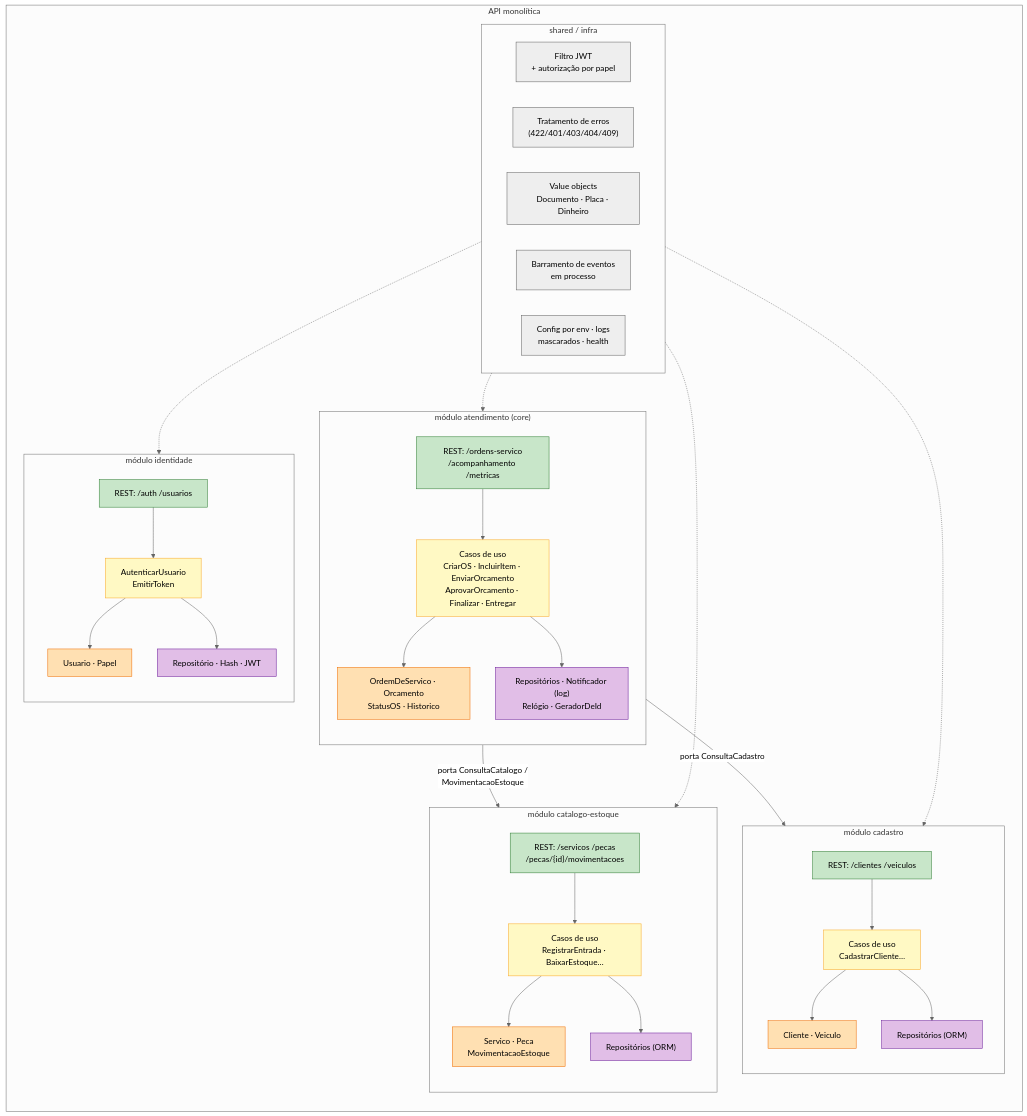
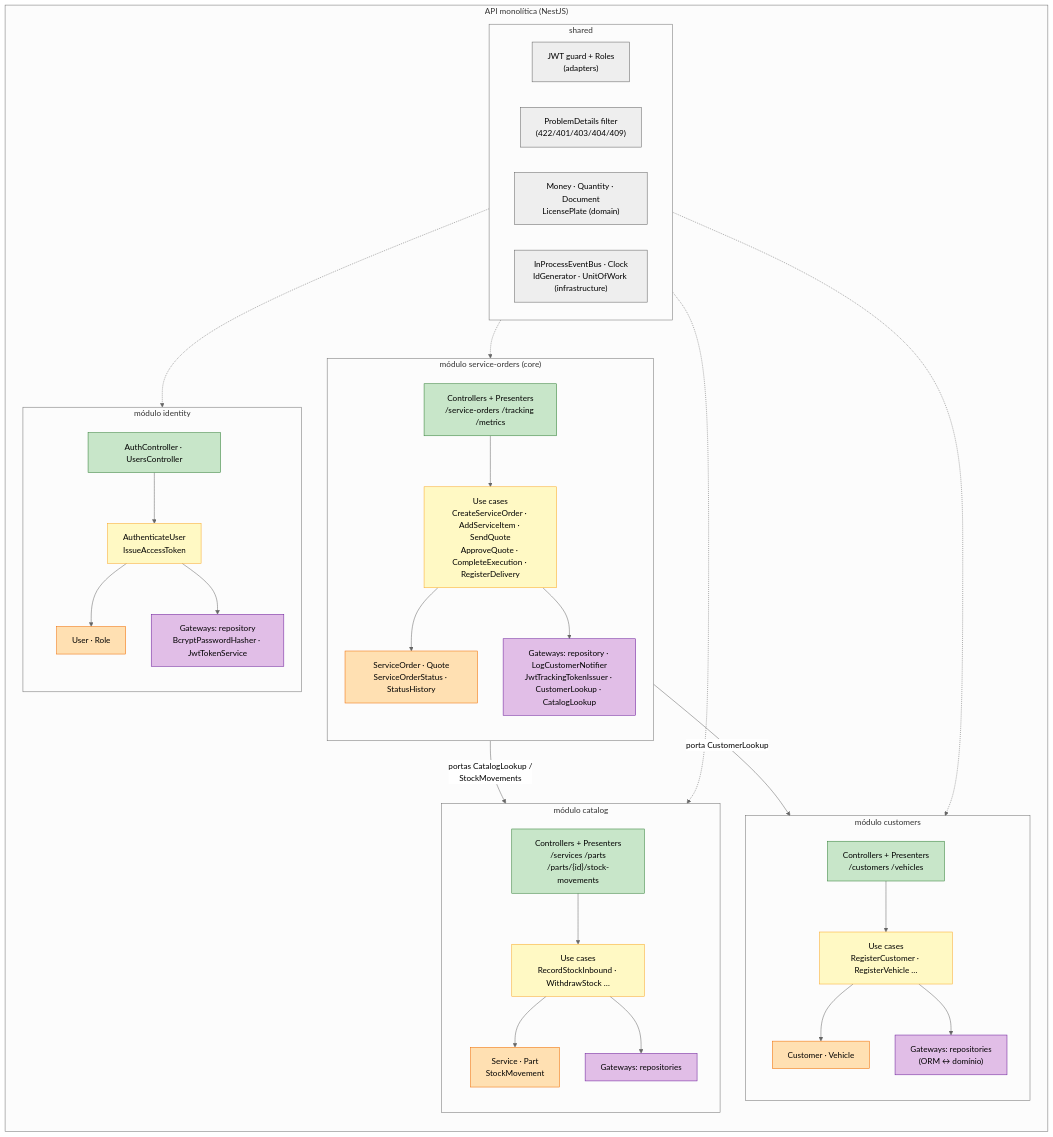
One commit to HermandoThiago/FIAP-SOAT changed the third of 4 diagrams in docs/04-arquitetura/visao-geral.md. Above: the diagram before and after it, drawn with Mermaid (neutral theme). The commit also changed other lines of this file and 42 other files, not shown here.

````diff
--- a/docs/04-arquitetura/visao-geral.md
+++ b/docs/04-arquitetura/visao-geral.md
@@ -52,43 +52,42 @@
 ```mermaid
 flowchart TB
-    classDef in fill:#c8e6c9,stroke:#2e7d32,color:#000
+    classDef ad fill:#c8e6c9,stroke:#2e7d32,color:#000
     classDef app fill:#fff9c4,stroke:#f9a825,color:#000
     classDef dom fill:#ffe0b2,stroke:#ef6c00,color:#000
-    classDef out fill:#e1bee7,stroke:#6a1b9a,color:#000
+    classDef inf fill:#e1bee7,stroke:#6a1b9a,color:#000
     classDef shared fill:#eeeeee,stroke:#616161,color:#000
 
-    subgraph API["API monolítica"]
+    subgraph API["API monolítica (NestJS)"]
         direction TB
-        subgraph SH["shared / infra"]
+        subgraph SH["shared"]
             direction LR
-            AUTH["Filtro JWT<br/>+ autorização por papel"]:::shared
-            ERR["Tratamento de erros<br/>(422/401/403/404/409)"]:::shared
-            VO["Value objects<br/>Documento · Placa · Dinheiro"]:::shared
-            BUS["Barramento de eventos<br/>em processo"]:::shared
-            CFG["Config por env · logs<br/>mascarados · health"]:::shared
+            AUTH["JWT guard + Roles<br/>(adapters)"]:::shared
+            ERR["ProblemDetails filter<br/>(422/401/403/404/409)"]:::shared
+            VO["Money · Quantity · Document<br/>LicensePlate (domain)"]:::shared
+            BUS["InProcessEventBus · Clock<br/>IdGenerator · UnitOfWork (infrastructure)"]:::shared
         end
-        subgraph M1["módulo cadastro"]
+        subgraph M1["módulo customers"]
             direction TB
-            I1["REST: /clientes /veiculos"]:::in --> A1["Casos de uso<br/>CadastrarCliente…"]:::app --> D1["Cliente · Veiculo"]:::dom
-            A1 --> O1["Repositórios (ORM)"]:::out
+            A1["Controllers + Presenters<br/>/customers /vehicles"]:::ad --> U1["Use cases<br/>RegisterCustomer · RegisterVehicle …"]:::app --> D1["Customer · Vehicle"]:::dom
+            U1 --> G1["Gateways: repositories<br/>(ORM ↔ domínio)"]:::inf
         end
-        subgraph M2["módulo catalogo-estoque"]
+        subgraph M2["módulo catalog"]
             direction TB
-            I2["REST: /servicos /pecas<br/>/pecas/{id}/movimentacoes"]:::in --> A2["Casos de uso<br/>RegistrarEntrada · BaixarEstoque…"]:::app --> D2["Servico · Peca<br/>MovimentacaoEstoque"]:::dom
-            A2 --> O2["Repositórios (ORM)"]:::out
+            A2["Controllers + Presenters<br/>/services /parts<br/>/parts/{id}/stock-movements"]:::ad --> U2["Use cases<br/>RecordStockInbound · WithdrawStock …"]:::app --> D2["Service · Part<br/>StockMovement"]:::dom
+            U2 --> G2["Gateways: repositories"]:::inf
         end
-        subgraph M3["módulo atendimento (core)"]
+        subgraph M3["módulo service-orders (core)"]
             direction TB
-            I3["REST: /ordens-servico<br/>/acompanhamento /metricas"]:::in --> A3["Casos de uso<br/>CriarOS · IncluirItem · EnviarOrcamento<br/>AprovarOrcamento · Finalizar · Entregar"]:::app --> D3["OrdemDeServico · Orcamento<br/>StatusOS · Historico"]:::dom
-            A3 --> O3["Repositórios · Notificador (log)<br/>Relógio · GeradorDeId"]:::out
+            A3["Controllers + Presenters<br/>/service-orders /tracking /metrics"]:::ad --> U3["Use cases<br/>CreateServiceOrder · AddServiceItem · SendQuote<br/>ApproveQuote · CompleteExecution · RegisterDelivery"]:::app --> D3["ServiceOrder · Quote<br/>ServiceOrderStatus · StatusHistory"]:::dom
+            U3 --> G3["Gateways: repository · LogCustomerNotifier<br/>JwtTrackingTokenIssuer · CustomerLookup · CatalogLookup"]:::inf
         end
-        subgraph M4["módulo identidade"]
+        subgraph M4["módulo identity"]
             direction TB
-            I4["REST: /auth /usuarios"]:::in --> A4["AutenticarUsuario<br/>EmitirToken"]:::app --> D4["Usuario · Papel"]:::dom
-            A4 --> O4["Repositório · Hash · JWT"]:::out
+            A4["AuthController · UsersController"]:::ad --> U4["AuthenticateUser<br/>IssueAccessToken"]:::app --> D4["User · Role"]:::dom
+            U4 --> G4["Gateways: repository<br/>BcryptPasswordHasher · JwtTokenService"]:::inf
         end
     end
-    A3 -- "porta ConsultaCadastro" --> A1
-    A3 -- "porta ConsultaCatalogo /<br/>MovimentacaoEstoque" --> A2
-    AUTH -.-> I1 & I2 & I3 & I4
+    G3 -- "porta CustomerLookup" --> U1
+    G3 -- "portas CatalogLookup /<br/>StockMovements" --> U2
+    AUTH -.-> A1 & A2 & A3 & A4
 ```
````
